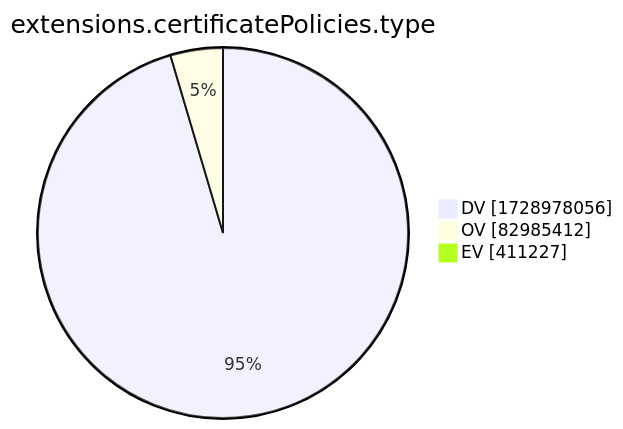
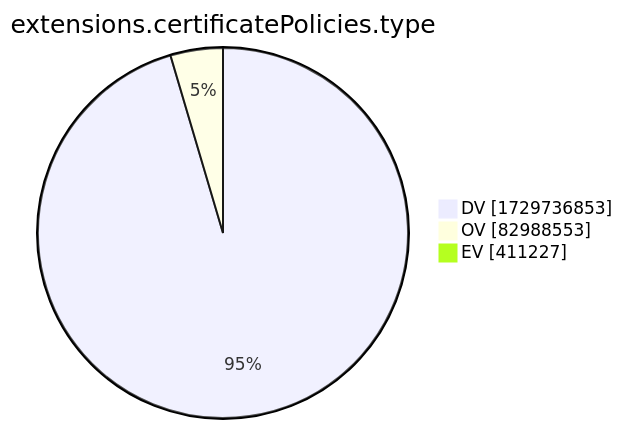
Before and after one commit to christiankrug/ctmonitor_visualization: the tenth of 15 diagrams in xenon2022/README.md, drawn with Mermaid. The commit also changed other lines of this file, not shown here.

````diff
--- a/xenon2022/README.md
+++ b/xenon2022/README.md
@@ -2881,7 +2881,7 @@
 ```mermaid
 pie showData
 title extensions.certificatePolicies.type
-"DV" :1728978056
-"OV" :82985412
+"DV" :1729736853
+"OV" :82988553
 "EV" :411227
 ```
````
